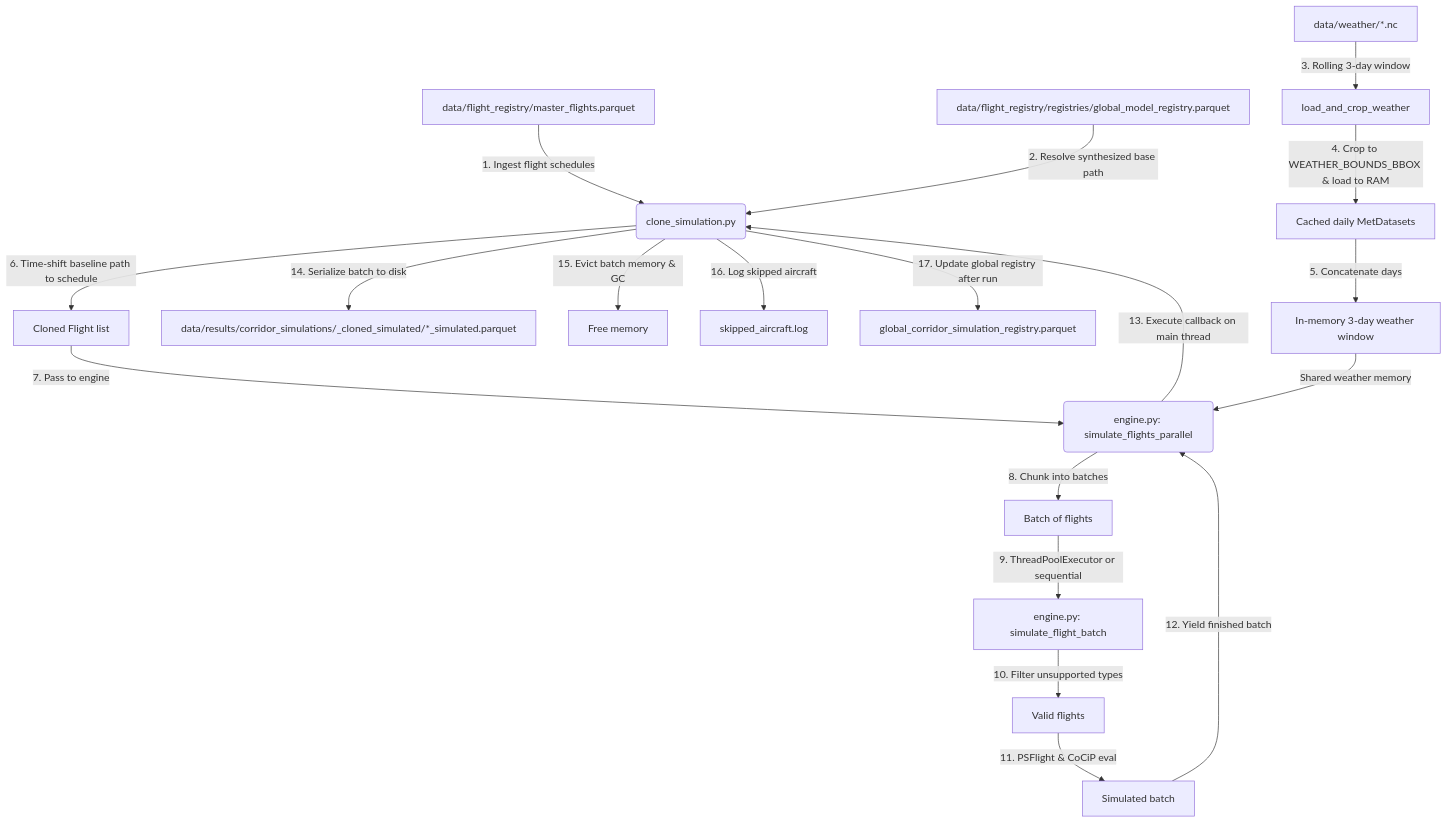
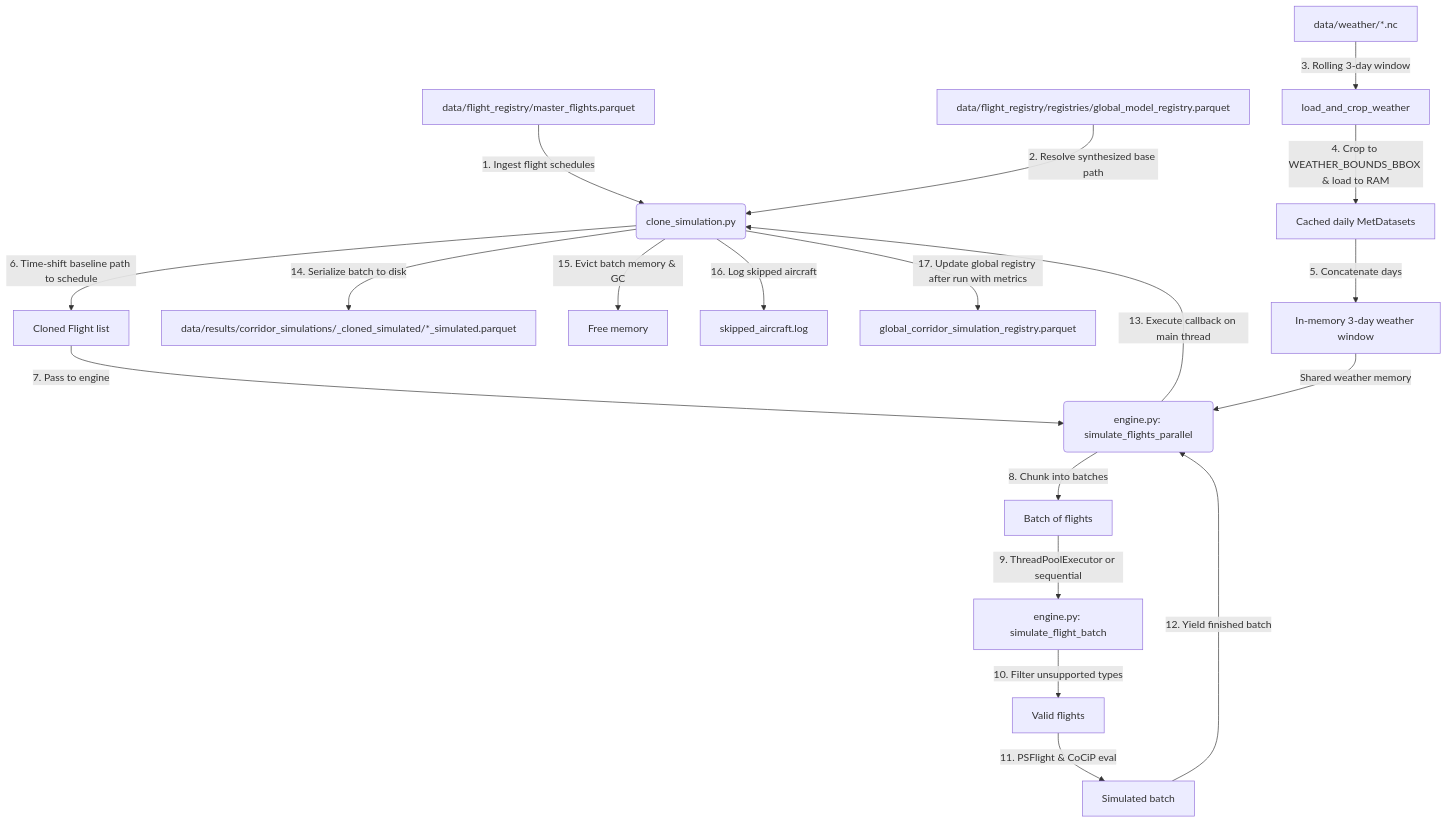
One commit to Bauzement123/flight-physics-pipeline changed the second of 2 diagrams in src/core/physics/README.md. Above: the diagram before and after it, drawn with Mermaid. The commit also changed other lines of this file and 3 other files, not shown here.

First line of the commit message:
feat(physics): extend simulation registries with contrail & fuel burn metrics

````diff
--- a/src/core/physics/README.md
+++ b/src/core/physics/README.md
@@ -112,24 +112,24 @@
 ```mermaid
 graph TD
     A[data/flight_registry/master_flights.parquet] -->|1. Ingest flight schedules| B(clone_simulation.py)
     C[data/flight_registry/registries/global_model_registry.parquet] -->|2. Resolve synthesized base path| B
     D[data/weather/*.nc] -->|3. Rolling 3-day window| E[load_and_crop_weather]
     E -->|4. Crop to WEATHER_BOUNDS_BBOX & load to RAM| F[Cached daily MetDatasets]
     F -->|5. Concatenate days| G[In-memory 3-day weather window]
     
     B -->|6. Time-shift baseline path to schedule| H[Cloned Flight list]
     H -->|7. Pass to engine| I(engine.py: simulate_flights_parallel)
     G -->|Shared weather memory| I
     
     I -->|8. Chunk into batches| J[Batch of flights]
     J -->|9. ThreadPoolExecutor or sequential| K[engine.py: simulate_flight_batch]
     K -->|10. Filter unsupported types| L[Valid flights]
     L -->|11. PSFlight & CoCiP eval| M[Simulated batch]
     
     M -->|12. Yield finished batch| I
     I -->|13. Execute callback on main thread| B
     B -->|14. Serialize batch to disk| N["data/results/corridor_simulations/<route>_cloned_simulated/*_simulated.parquet"]
     B -->|15. Evict batch memory & GC| RAM[Free memory]
     B -->|16. Log skipped aircraft| O[skipped_aircraft.log]
-    B -->|17. Update global registry after run| P[global_corridor_simulation_registry.parquet]
+    B -->|17. Update global registry after run with metrics| P[global_corridor_simulation_registry.parquet]
 ```
````
